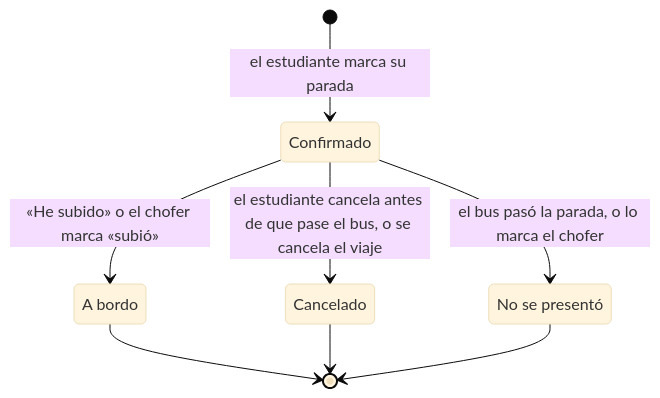
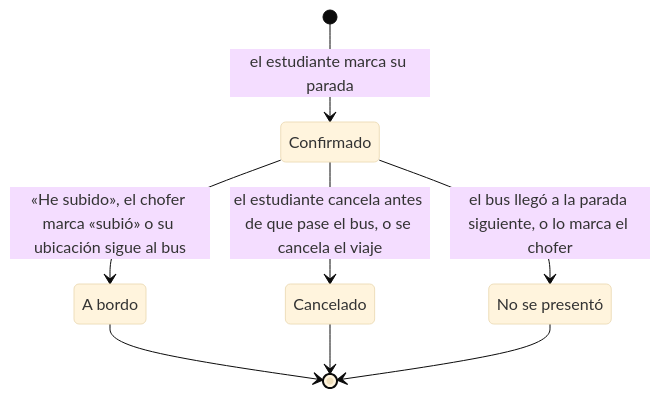
Before and after one commit to hugozuniga770/UPBus: the second of 7 diagrams in docs/sesion-07-modelos.md, drawn with Mermaid (base theme). The commit also changed other lines of this file and 8 other files, not shown here.

````diff
--- a/docs/sesion-07-modelos.md
+++ b/docs/sesion-07-modelos.md
@@ -490,12 +500,12 @@
 ```mermaid
 stateDiagram-v2
     state "A bordo" as ABordo
     state "No se presentó" as NoSePresento
     [*] --> Confirmado: el estudiante marca su parada
-    Confirmado --> ABordo: «He subido» o el chofer marca «subió»
+    Confirmado --> ABordo: «He subido», el chofer marca «subió» o su ubicación sigue al bus
     Confirmado --> Cancelado: el estudiante cancela antes de que pase el bus, o se cancela el viaje
-    Confirmado --> NoSePresento: el bus pasó la parada, o lo marca el chofer
+    Confirmado --> NoSePresento: el bus llegó a la parada siguiente, o lo marca el chofer
     ABordo --> [*]
     Cancelado --> [*]
     NoSePresento --> [*]
 ```
````
